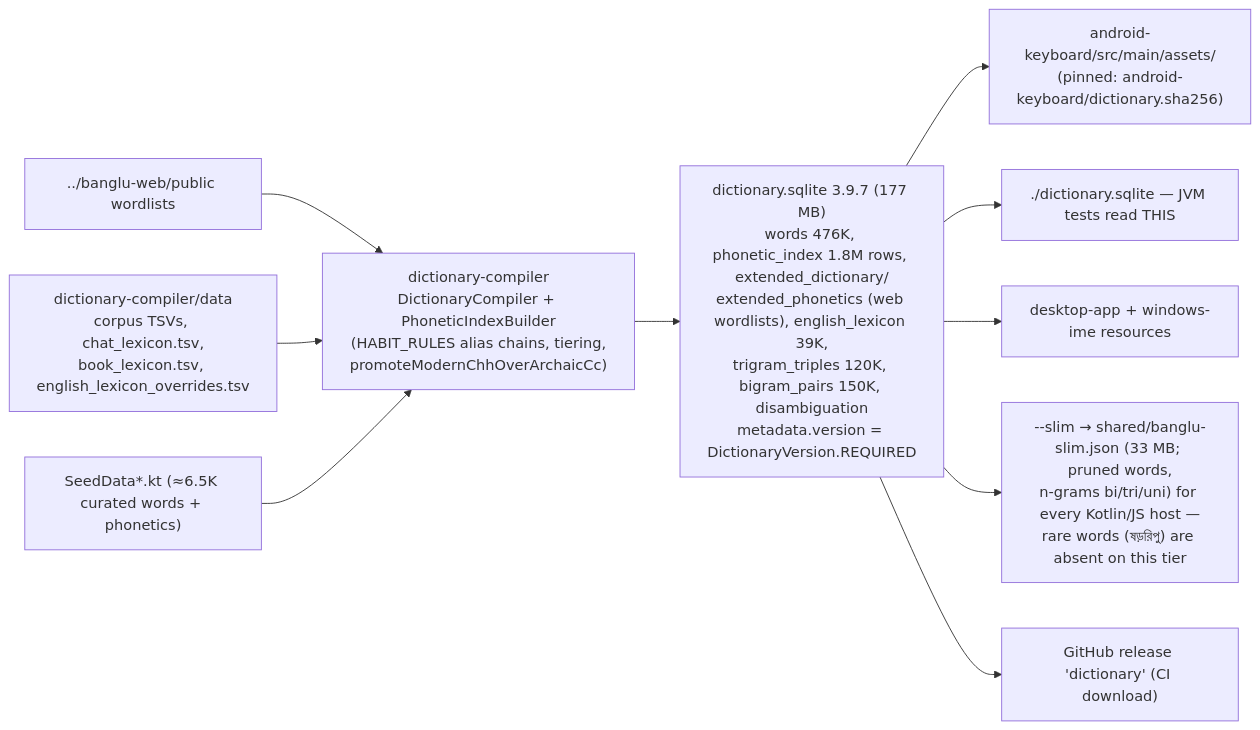
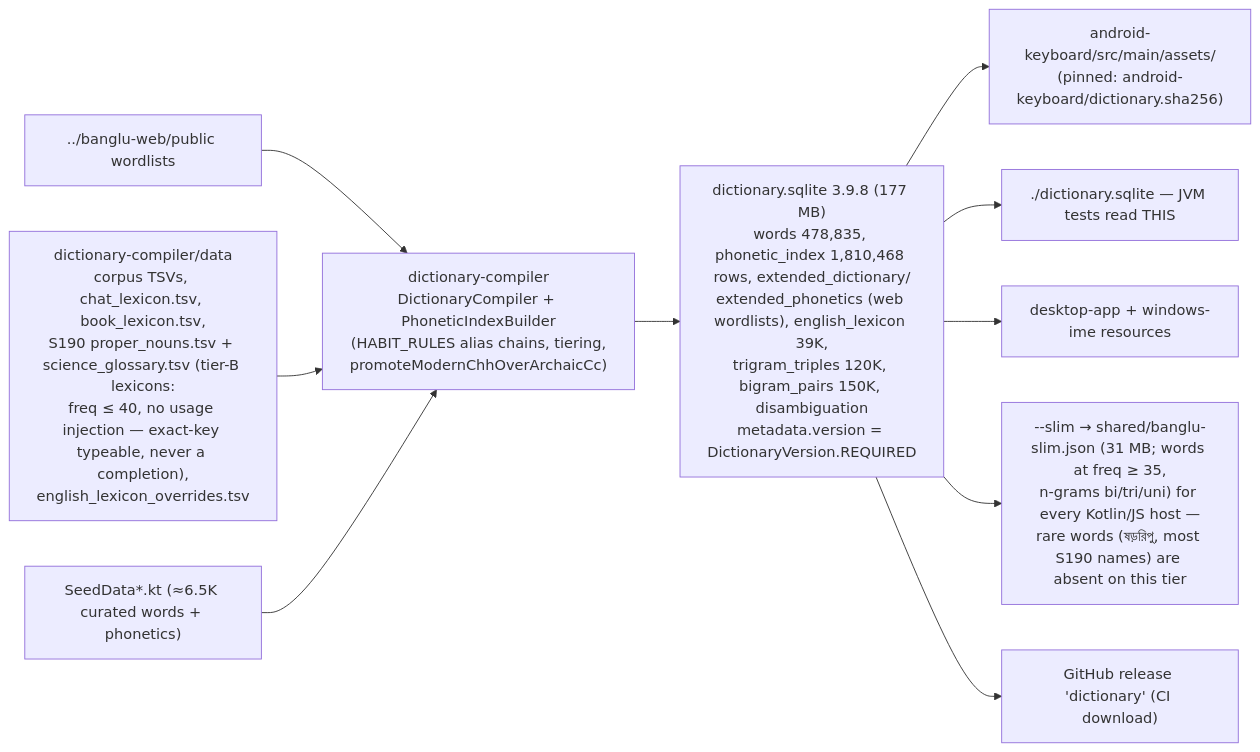
The eighth of 10 diagrams in docs/architecture/engine-architecture.md (Shahabul87/banglu-kmp), drawn with Mermaid before and after one commit. The commit also changed other lines of this file, not shown here.

First line of the commit message:
docs(architecture): fold S178–S192 into the engine reference — chandrabindu marker, phrases, English data, strip twins, tier-B lexicon, combination strip + ambiguity habit, honest floor, the strip ranking law

````diff
--- a/docs/architecture/engine-architecture.md
+++ b/docs/architecture/engine-architecture.md
@@ -353,13 +384,13 @@
 ```mermaid
 flowchart LR
     SRC1["../banglu-web/public wordlists"] --> COMP
-    SRC2["dictionary-compiler/data<br/>corpus TSVs, chat_lexicon.tsv,<br/>book_lexicon.tsv, english_lexicon_overrides.tsv"] --> COMP
+    SRC2["dictionary-compiler/data<br/>corpus TSVs, chat_lexicon.tsv, book_lexicon.tsv,<br/>S190 proper_nouns.tsv + science_glossary.tsv (tier-B lexicons:<br/>freq ≤ 40, no usage injection — exact-key typeable, never a completion),<br/>english_lexicon_overrides.tsv"] --> COMP
     SRC3["SeedData*.kt (≈6.5K curated words + phonetics)"] --> COMP
     COMP["dictionary-compiler<br/>DictionaryCompiler + PhoneticIndexBuilder<br/>(HABIT_RULES alias chains, tiering,<br/>promoteModernChhOverArchaicCc)"]
-    COMP --> SQL["dictionary.sqlite 3.9.7 (177 MB)<br/>words 476K, phonetic_index 1.8M rows, extended_dictionary/<br/>extended_phonetics (web wordlists), english_lexicon 39K,<br/>trigram_triples 120K, bigram_pairs 150K, disambiguation<br/>metadata.version = DictionaryVersion.REQUIRED"]
+    COMP --> SQL["dictionary.sqlite 3.9.8 (177 MB)<br/>words 478,835, phonetic_index 1,810,468 rows, extended_dictionary/<br/>extended_phonetics (web wordlists), english_lexicon 39K,<br/>trigram_triples 120K, bigram_pairs 150K, disambiguation<br/>metadata.version = DictionaryVersion.REQUIRED"]
     SQL --> AND["android-keyboard/src/main/assets/<br/>(pinned: android-keyboard/dictionary.sha256)"]
     SQL --> ROOT["./dictionary.sqlite — JVM tests read THIS"]
     SQL --> DESK["desktop-app + windows-ime resources"]
-    SQL --> SLIM["--slim → shared/banglu-slim.json (33 MB; pruned words,<br/>n-grams bi/tri/uni) for every Kotlin/JS host —<br/>rare words (ষড়রিপু) are absent on this tier"]
+    SQL --> SLIM["--slim → shared/banglu-slim.json (31 MB; words at freq ≥ 35,<br/>n-grams bi/tri/uni) for every Kotlin/JS host —<br/>rare words (ষড়রিপু, most S190 names) are absent on this tier"]
     SQL --> REL["GitHub release 'dictionary' (CI download)"]
 ```
````
